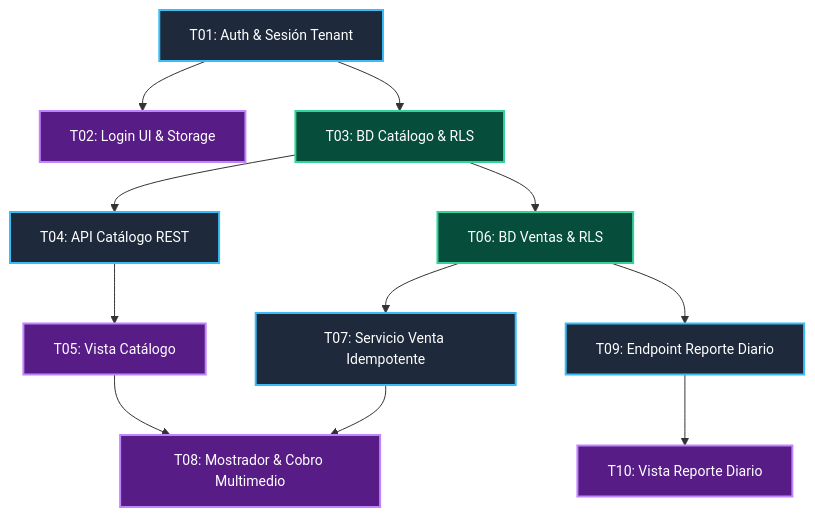
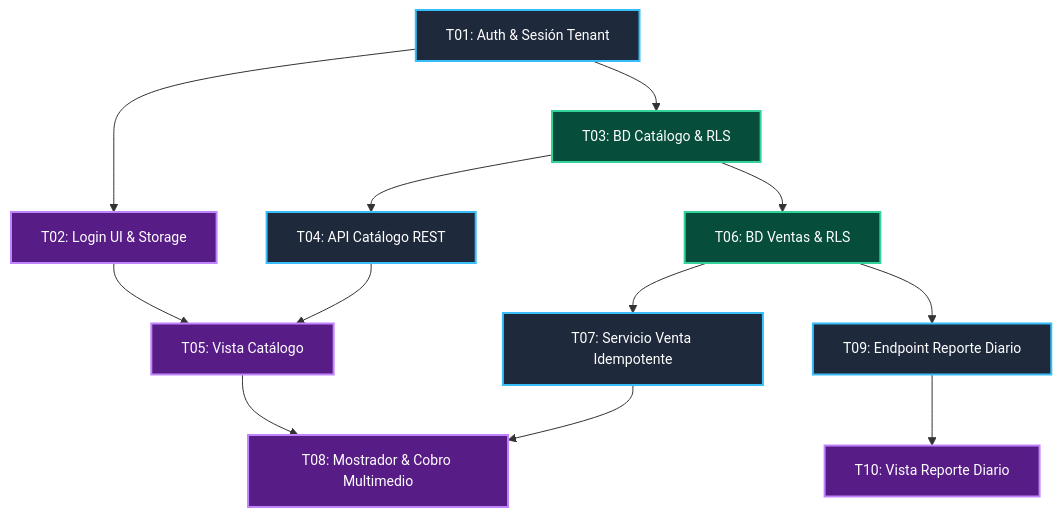
Before and after one commit to ninargue/registro-venta-micro: the diagram in docs/backlog/0001_registro-venta-micro_mvp/0001_backlog-priorizado.md, drawn with Mermaid. The commit also changed 1 other file, not shown here.

Commit message:
docs(catalogo): agrega dependencia de T02 en T05
Refs #44

````diff
--- a/docs/backlog/0001_registro-venta-micro_mvp/0001_backlog-priorizado.md
+++ b/docs/backlog/0001_registro-venta-micro_mvp/0001_backlog-priorizado.md
@@ -12,28 +12,29 @@
 ```mermaid
 flowchart TD
     classDef default fill:#1e293b,stroke:#38bdf8,stroke-width:2px,color:#ffffff,font-size:14px;
     classDef db fill:#064e3b,stroke:#34d399,stroke-width:2px,color:#ffffff,font-size:14px;
     classDef fe fill:#581c87,stroke:#c084fc,stroke-width:2px,color:#ffffff,font-size:14px;
 
     T01["T01: Auth & Sesión Tenant"]
     T02["T02: Login UI & Storage"]:::fe
     T03["T03: BD Catálogo & RLS"]:::db
     T04["T04: API Catálogo REST"]
     T05["T05: Vista Catálogo"]:::fe
     T06["T06: BD Ventas & RLS"]:::db
     T07["T07: Servicio Venta Idempotente"]
     T08["T08: Mostrador & Cobro Multimedio"]:::fe
     T09["T09: Endpoint Reporte Diario"]
     T10["T10: Vista Reporte Diario"]:::fe
 
     T01 --> T02
     T01 --> T03
+    T02 --> T05
     T03 --> T04
     T04 --> T05
     T03 --> T06
     T06 --> T07
     T05 --> T08
     T07 --> T08
     T06 --> T09
     T09 --> T10
 ```
````
